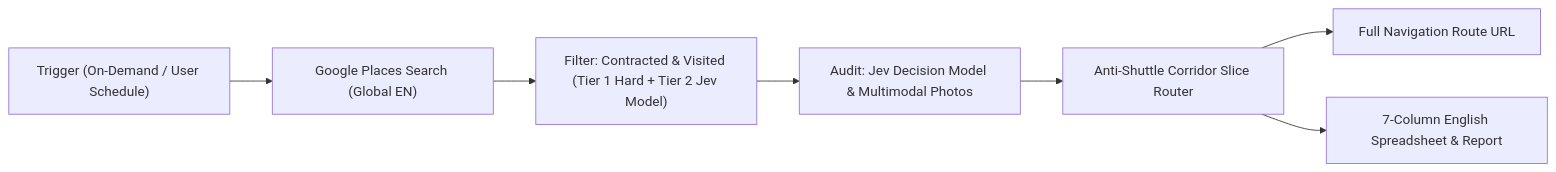
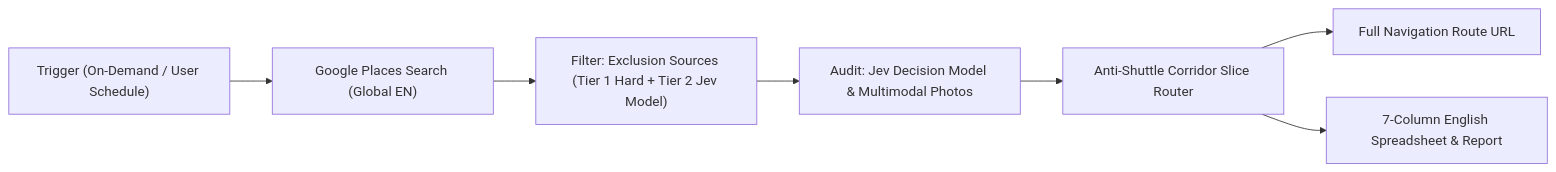
Before and after one commit to hellomrleeus/google-maps-place-scout: the diagram in SKILL.md, drawn with Mermaid. The commit also changed other lines of this file and 7 other files, not shown here.

Commit message:
refactor: consolidate contracted and visited sources into unified --exclusion-sources parameter

````diff
--- a/SKILL.md
+++ b/SKILL.md
@@ -25,9 +25,9 @@
 ```mermaid
 flowchart LR
     A["Trigger (On-Demand / User Schedule)"] --> B["Google Places Search (Global EN)"]
-    B --> C["Filter: Contracted & Visited (Tier 1 Hard + Tier 2 Jev Model)"]
+    B --> C["Filter: Exclusion Sources (Tier 1 Hard + Tier 2 Jev Model)"]
     C --> D["Audit: Jev Decision Model & Multimodal Photos"]
     D --> E["Anti-Shuttle Corridor Slice Router"]
     E --> F["Full Navigation Route URL"]
     E --> G["7-Column English Spreadsheet & Report"]
 ```
````
